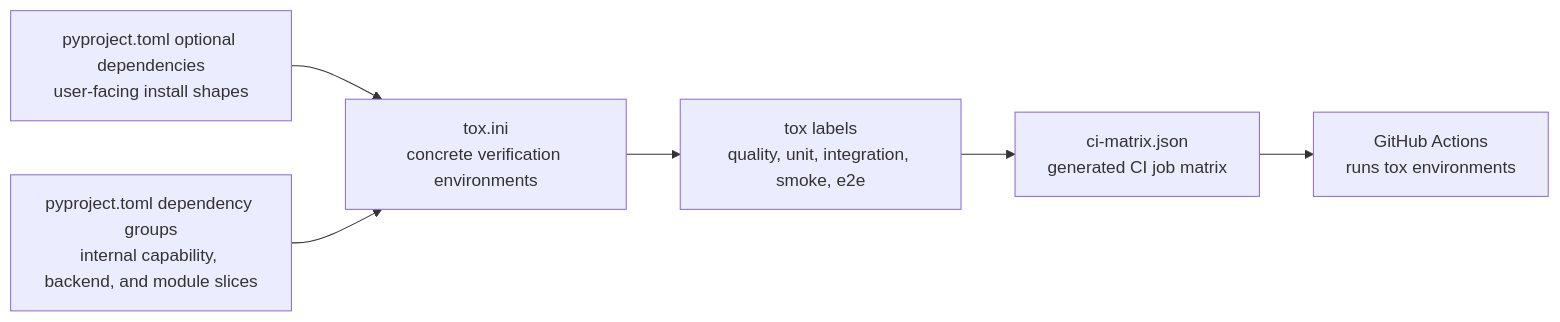
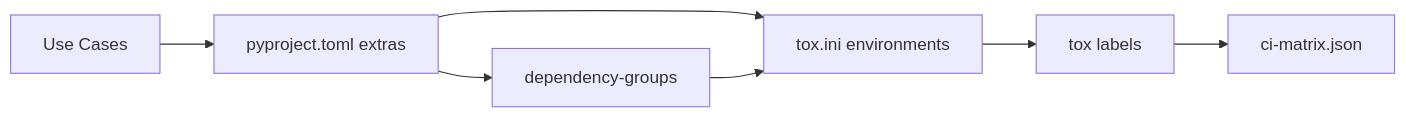
One commit to elkin/shardyfusion changed the first of 3 diagrams in docs/tox-and-dependency-matrix.md. Above: the diagram before and after it, drawn with Mermaid. The commit also changed other lines of this file and 1 other file, not shown here.

````diff
--- a/docs/tox-and-dependency-matrix.md
+++ b/docs/tox-and-dependency-matrix.md
@@ -9,15 +105,9 @@
 ```mermaid
 flowchart LR
-    Extras["pyproject.toml optional dependencies<br/>user-facing install shapes"]
-    Groups["pyproject.toml dependency groups<br/>internal capability, backend, and module slices"]
-    Tox["tox.ini<br/>concrete verification environments"]
-    Labels["tox labels<br/>quality, unit, integration, smoke, e2e"]
-    Matrix["ci-matrix.json<br/>generated CI job matrix"]
-    CI["GitHub Actions<br/>runs tox environments"]
-
-    Extras --> Tox
+    UC[Use Cases] --> Extras[pyproject.toml extras]
+    Extras --> Groups[dependency-groups]
+    Extras --> Tox[tox.ini environments]
     Groups --> Tox
-    Tox --> Labels
-    Labels --> Matrix
-    Matrix --> CI
+    Tox --> Labels[tox labels]
+    Labels --> CI[ci-matrix.json]
 ```
````
